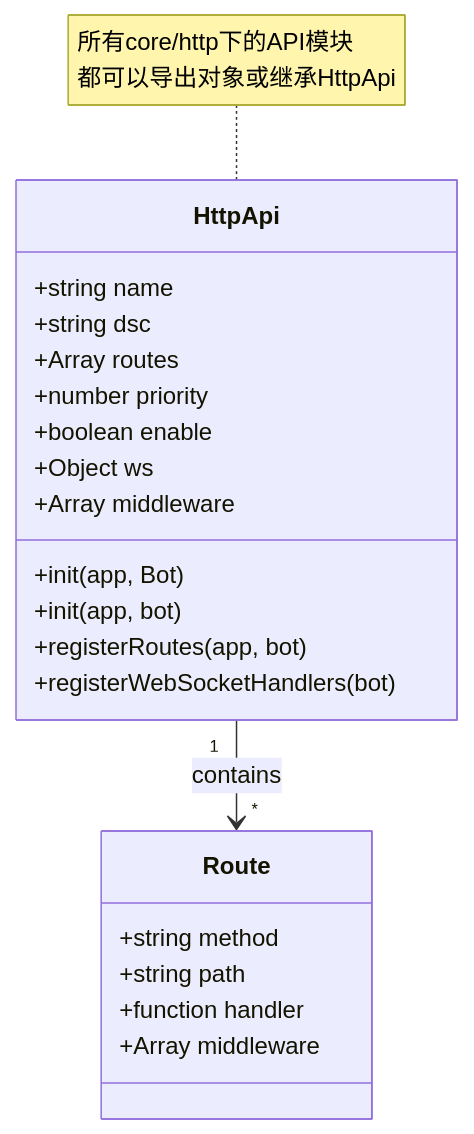
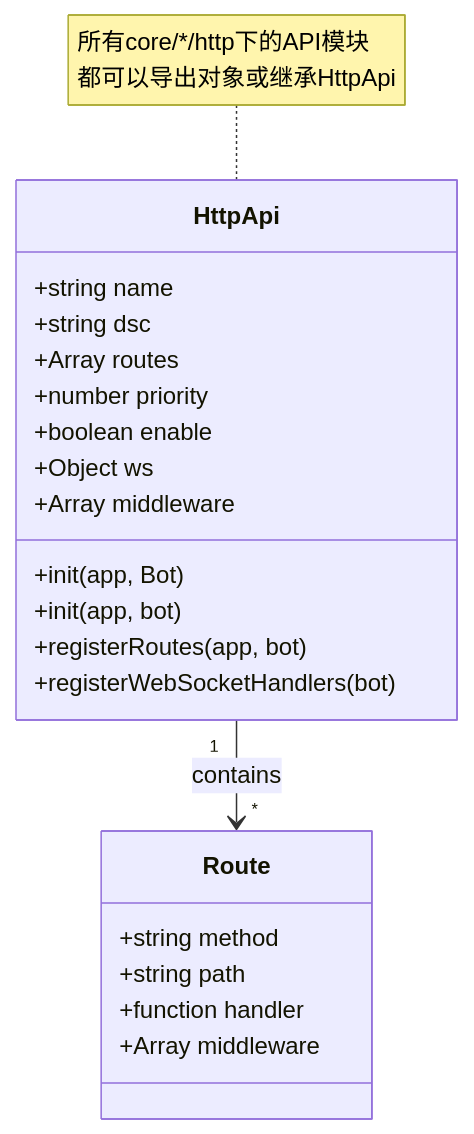
Before and after one commit to sunflowermm/XRK-AGT: the first of 4 diagrams in docs/http-api.md, drawn with Mermaid. The commit also changed 13 other files, not shown here.

````diff
--- a/docs/http-api.md
+++ b/docs/http-api.md
@@ -31,27 +31,27 @@
 ```mermaid
 classDiagram
     class HttpApi {
         +string name
         +string dsc
         +Array routes
         +number priority
         +boolean enable
         +Object ws
         +Array middleware
         +init(app, Bot)
         +init(app, bot)
         +registerRoutes(app, bot)
         +registerWebSocketHandlers(bot)
     }
     
     class Route {
         +string method
         +string path
         +function handler
         +Array middleware
     }
     
     HttpApi "1" --> "*" Route : contains
     
-    note for HttpApi "所有core/http下的API模块<br/>都可以导出对象或继承HttpApi"
+    note for HttpApi "所有core/*/http下的API模块<br/>都可以导出对象或继承HttpApi"
 ```
````
